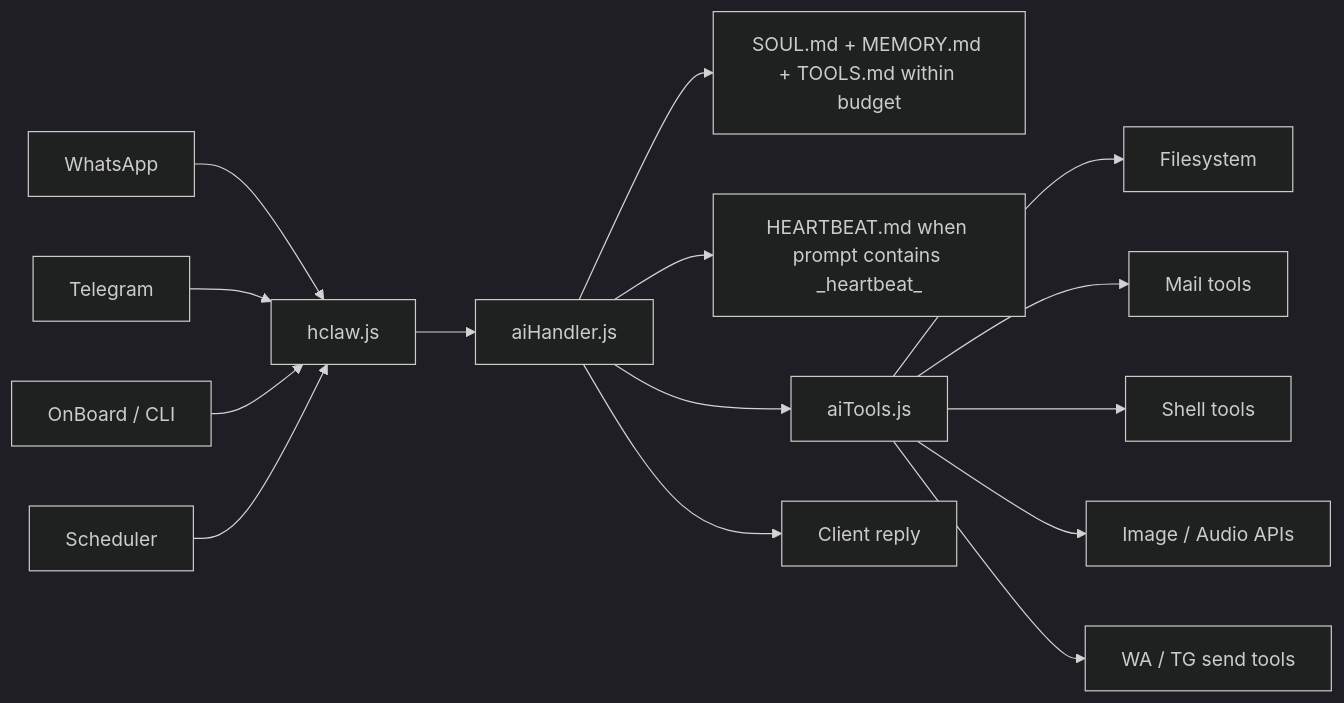
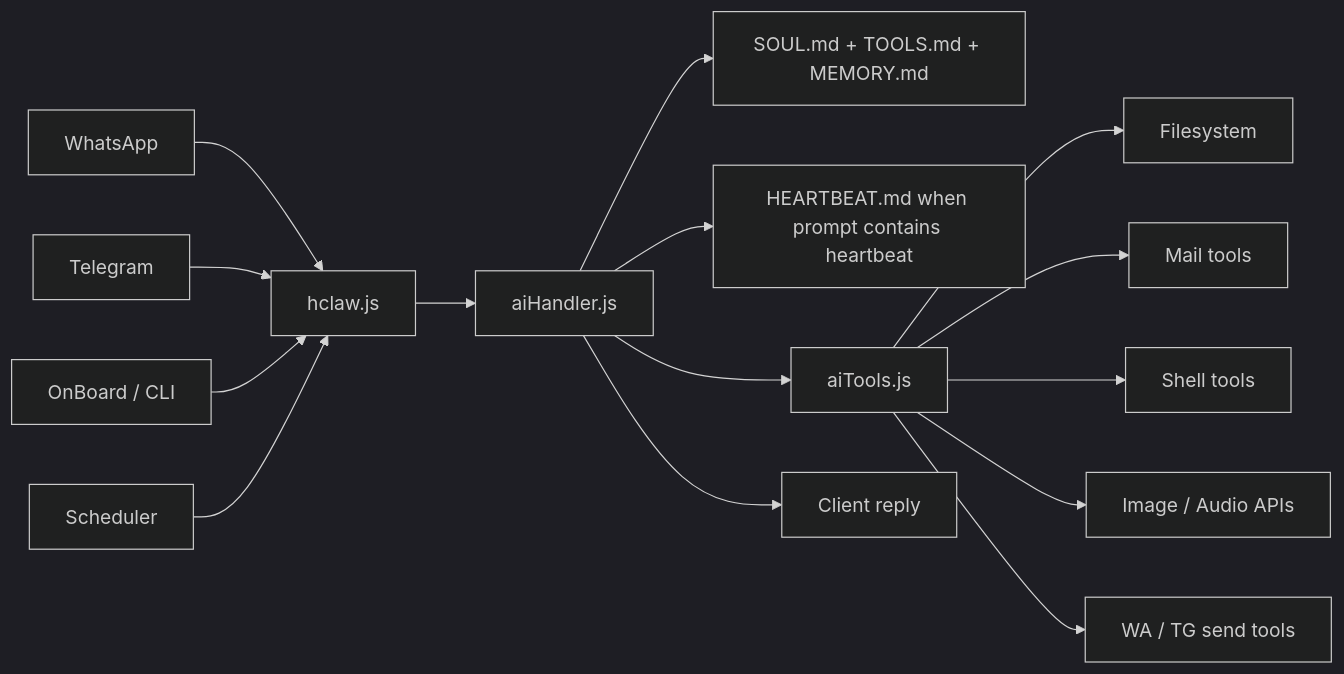
One commit to hseeda/10L-H-Claw changed the second of 5 diagrams in README.md. Above: the diagram before and after it, drawn with Mermaid (dark theme). The commit also changed other lines of this file and 23 other files, not shown here.

````diff
--- a/README.md
+++ b/README.md
@@ -85,20 +85,20 @@
 ```mermaid
 flowchart LR
     WA[WhatsApp] --> CORE[hclaw.js]
     TG[Telegram] --> CORE
     OB[OnBoard / CLI] --> CORE
     SCHED[Scheduler] --> CORE
 
     CORE --> AI[aiHandler.js]
-    AI --> CTX[SOUL.md + MEMORY.md + TOOLS.md within budget]
-    AI --> HB[HEARTBEAT.md when prompt contains _heartbeat_]
+    AI --> CTX[SOUL.md + TOOLS.md + MEMORY.md]
+    AI --> HB[HEARTBEAT.md when prompt contains heartbeat]
     AI --> TOOLS[aiTools.js]
 
     TOOLS --> FS[Filesystem]
     TOOLS --> MAIL[Mail tools]
     TOOLS --> SHELL[Shell tools]
     TOOLS --> MEDIA[Image / Audio APIs]
     TOOLS --> SEND[WA / TG send tools]
 
     AI --> REPLY[Client reply]
 ```
````
